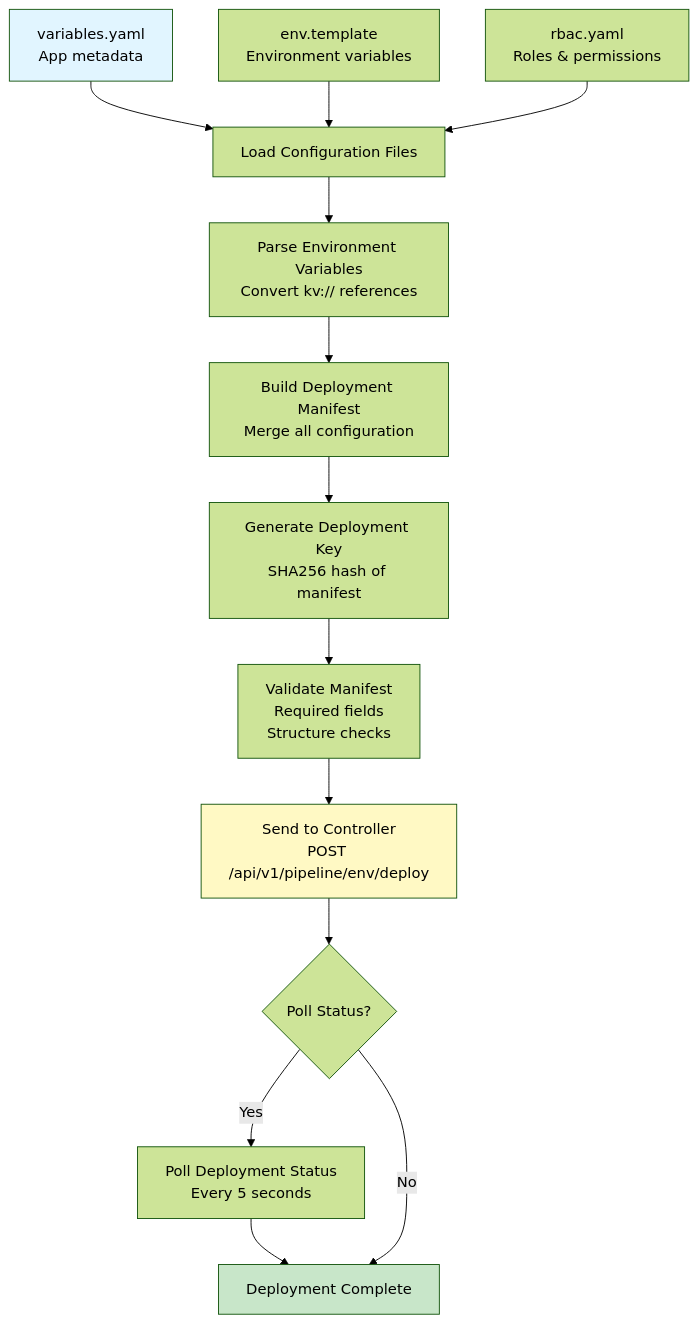
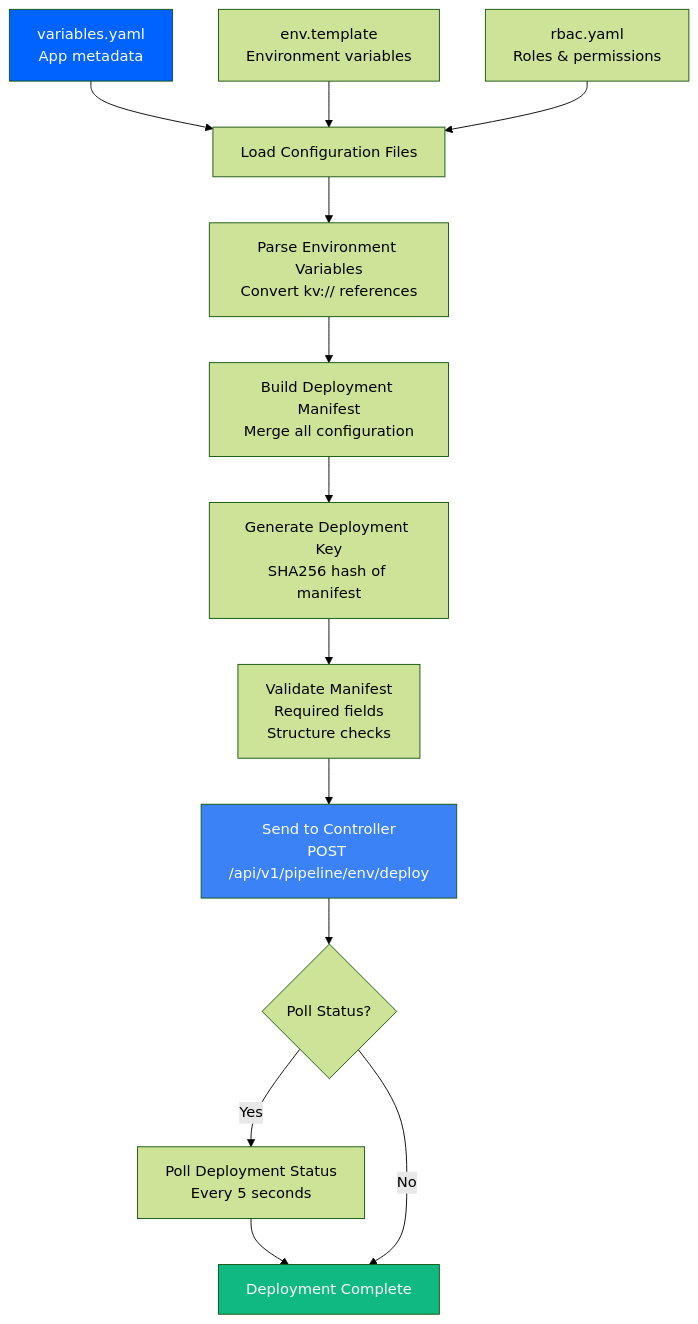
The third of 4 diagrams in docs/DEPLOYING.md (esystemsdev/aifabrix-builder), drawn with Mermaid (forest theme) before and after one commit. The commit also changed other lines of this file and 9 other files, not shown here.

````diff
--- a/docs/DEPLOYING.md
+++ b/docs/DEPLOYING.md
@@ -765,21 +765,21 @@
 ```mermaid
 flowchart TD
     Variables[variables.yaml<br/>App metadata] --> Load[Load Configuration Files]
     EnvTemplate[env.template<br/>Environment variables] --> Load
     Rbac[rbac.yaml<br/>Roles & permissions] --> Load
     
     Load --> Parse[Parse Environment Variables<br/>Convert kv:// references]
     Parse --> Build[Build Deployment Manifest<br/>Merge all configuration]
     Build --> GenKey[Generate Deployment Key<br/>SHA256 hash of manifest]
     GenKey --> Validate[Validate Manifest<br/>Required fields<br/>Structure checks]
     Validate --> Send[Send to Controller<br/>POST /api/v1/pipeline/env/deploy]
     
     Send --> Poll{Poll Status?}
     Poll -->|Yes| PollStatus[Poll Deployment Status<br/>Every 5 seconds]
     PollStatus --> Complete[Deployment Complete]
     Poll -->|No| Complete
     
-    style Variables fill:#e1f5ff
-    style Complete fill:#c8e6c9
-    style Send fill:#fff9c4
+    style Variables fill:#0062FF,color:#FFFFFF
+    style Complete fill:#10B981,color:#FFFFFF
+    style Send fill:#3B82F6,color:#FFFFFF
 ```
````
